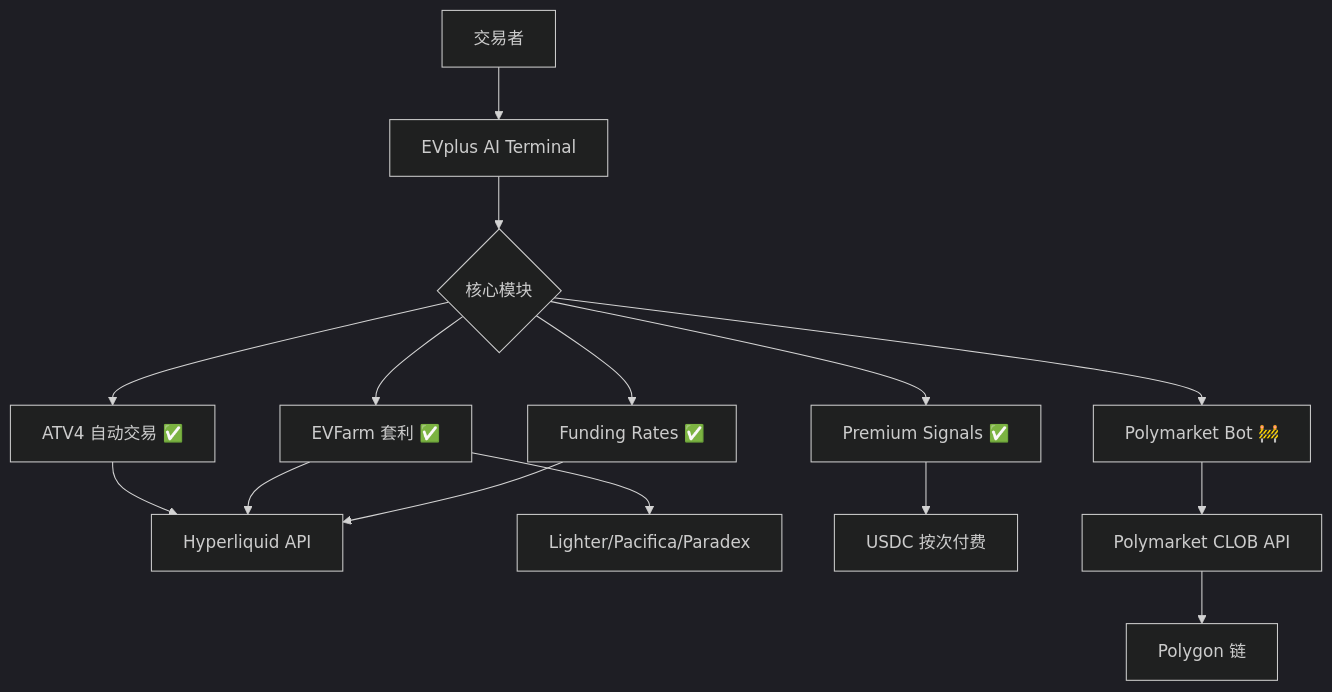
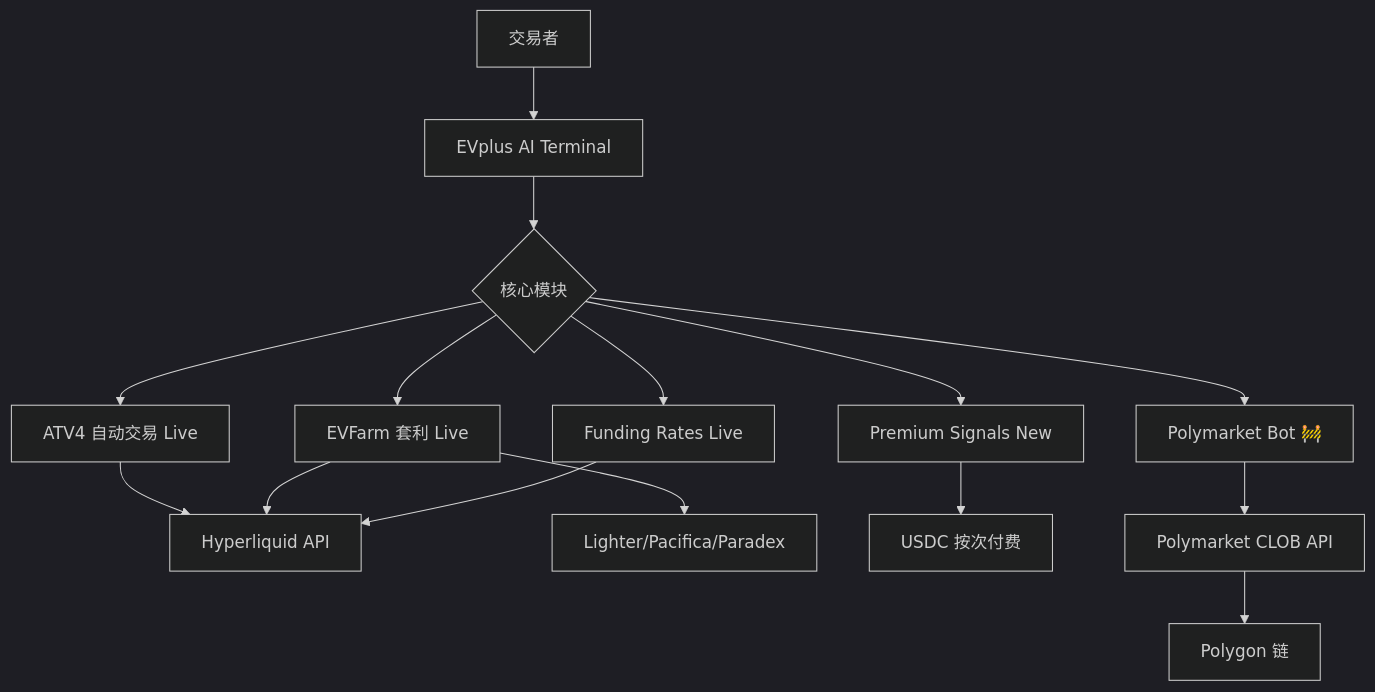
The fourth of 9 diagrams in research/13_evplusai/analysis.md (survivorff/polymarket_research), drawn with Mermaid (dark theme) before and after one commit. The commit also changed 11 other files, not shown here.

First line of the commit message:
修复所有 Mermaid 语法错误，确保流程图可正常渲染

````diff
--- a/research/13_evplusai/analysis.md
+++ b/research/13_evplusai/analysis.md
@@ -102,19 +102,19 @@
 ```mermaid
 graph TD
     A[交易者] --> B[EVplus AI Terminal]
 
     B --> C{核心模块}
-    C --> C1[ATV4 自动交易 ✅]
-    C --> C2[EVFarm 套利 ✅]
-    C --> C3[Funding Rates ✅]
-    C --> C4[Premium Signals ✅]
+    C --> C1["ATV4 自动交易 Live"]
+    C --> C2["EVFarm 套利 Live"]
+    C --> C3["Funding Rates Live"]
+    C --> C4["Premium Signals New"]
     C --> C5[Polymarket Bot 🚧]
 
     C1 --> D1[Hyperliquid API]
     C2 --> D1
     C2 --> D2[Lighter/Pacifica/Paradex]
     C3 --> D1
     C4 --> E[USDC 按次付费]
     C5 --> F[Polymarket CLOB API]
     F --> G[Polygon 链]
 ```
````
